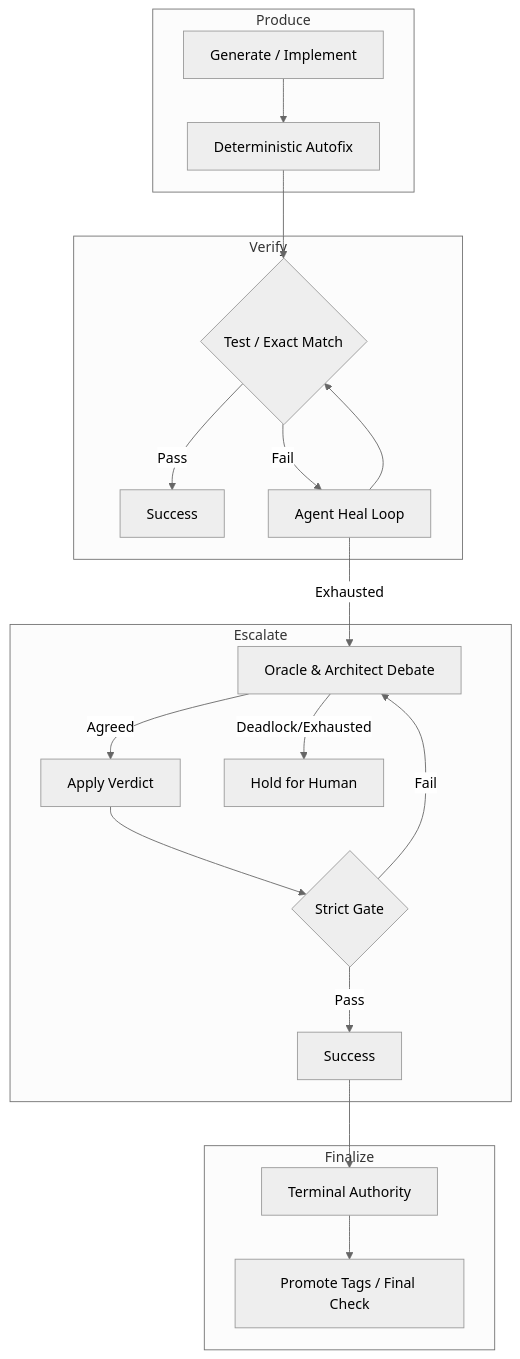
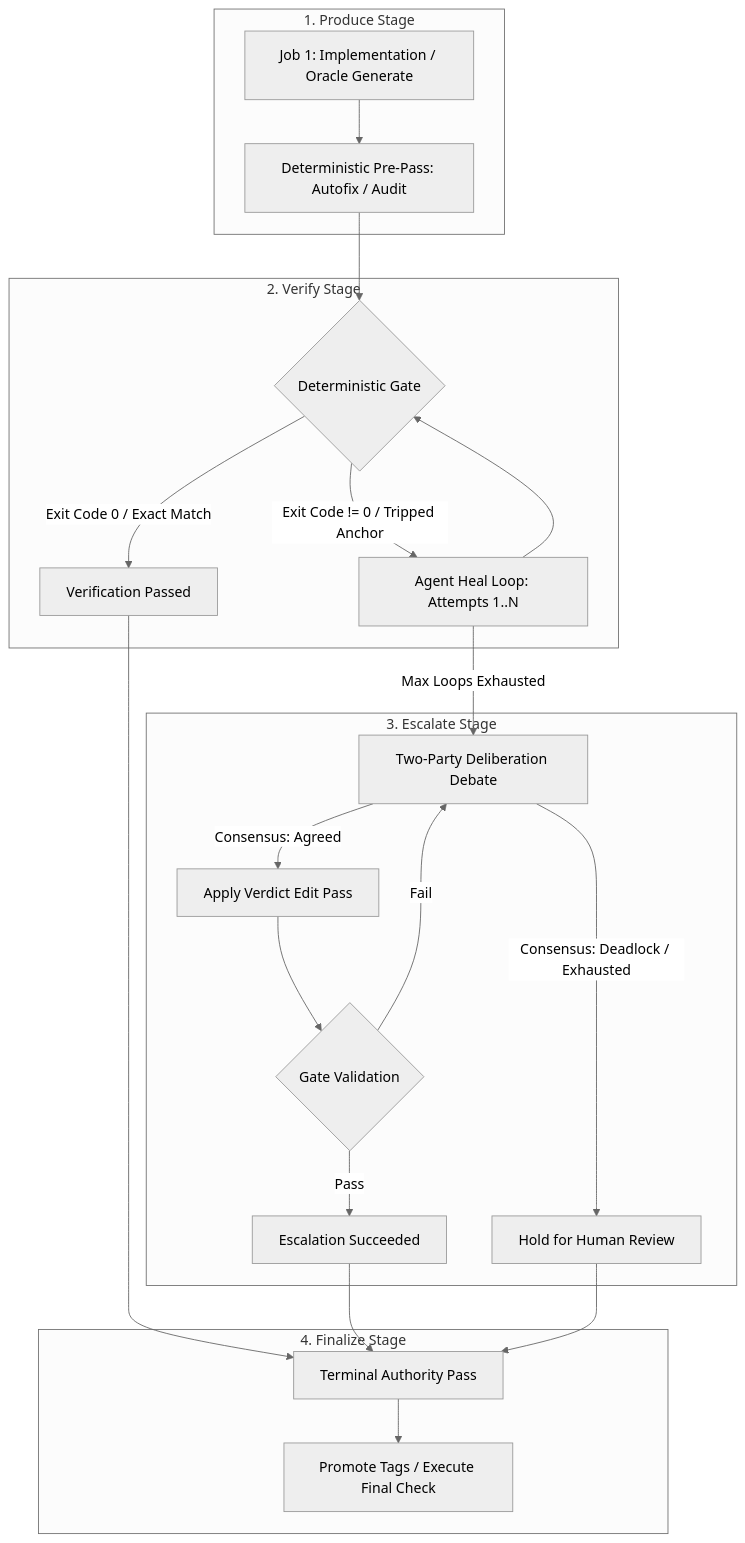
One commit to bryan506/aider-factory changed the first of 5 diagrams in src/aider_factory/markdown/docs/core_philosophies.md. Above: the diagram before and after it, drawn with Mermaid (neutral theme). The commit also changed other lines of this file and 55 other files, not shown here.

````diff
--- a/src/aider_factory/markdown/docs/core_philosophies.md
+++ b/src/aider_factory/markdown/docs/core_philosophies.md
@@ -27,24 +37,26 @@
 ```mermaid
 flowchart TD
-    subgraph Produce
-        A[Generate / Implement] --> B[Deterministic Autofix]
+    subgraph Produce ["1. Produce Stage"]
+        P1[Job 1: Implementation / Oracle Generate] --> P2[Deterministic Pre-Pass: Autofix / Audit]
     end
-    subgraph Verify
-        B --> C{Test / Exact Match}
-        C -- Pass --> D[Success]
-        C -- Fail --> E[Agent Heal Loop]
-        E --> C
+    subgraph Verify ["2. Verify Stage"]
+        P2 --> V1{Deterministic Gate}
+        V1 -- "Exit Code 0 / Exact Match" --> V2[Verification Passed]
+        V1 -- "Exit Code != 0 / Tripped Anchor" --> V3[Agent Heal Loop: Attempts 1..N]
+        V3 --> V1
     end
-    subgraph Escalate
-        E -- Exhausted --> F[Oracle & Architect Debate]
-        F -- Agreed --> G[Apply Verdict]
-        F -- Deadlock/Exhausted --> H[Hold for Human]
-        G --> I{Strict Gate}
-        I -- Pass --> J[Success]
-        I -- Fail --> F
+    subgraph Escalate ["3. Escalate Stage"]
+        V3 -- "Max Loops Exhausted" --> E1[Two-Party Deliberation Debate]
+        E1 -- "Consensus: Agreed" --> E2[Apply Verdict Edit Pass]
+        E1 -- "Consensus: Deadlock / Exhausted" --> E3[Hold for Human Review]
+        E2 --> E4{Gate Validation}
+        E4 -- "Pass" --> E5[Escalation Succeeded]
+        E4 -- "Fail" --> E1
     end
-    subgraph Finalize
-        J --> K[Terminal Authority]
-        K --> L[Promote Tags / Final Check]
+    subgraph Finalize ["4. Finalize Stage"]
+        V2 --> F1[Terminal Authority Pass]
+        E5 --> F1
+        E3 --> F1
+        F1 --> F2[Promote Tags / Execute Final Check]
     end
 ```
````
